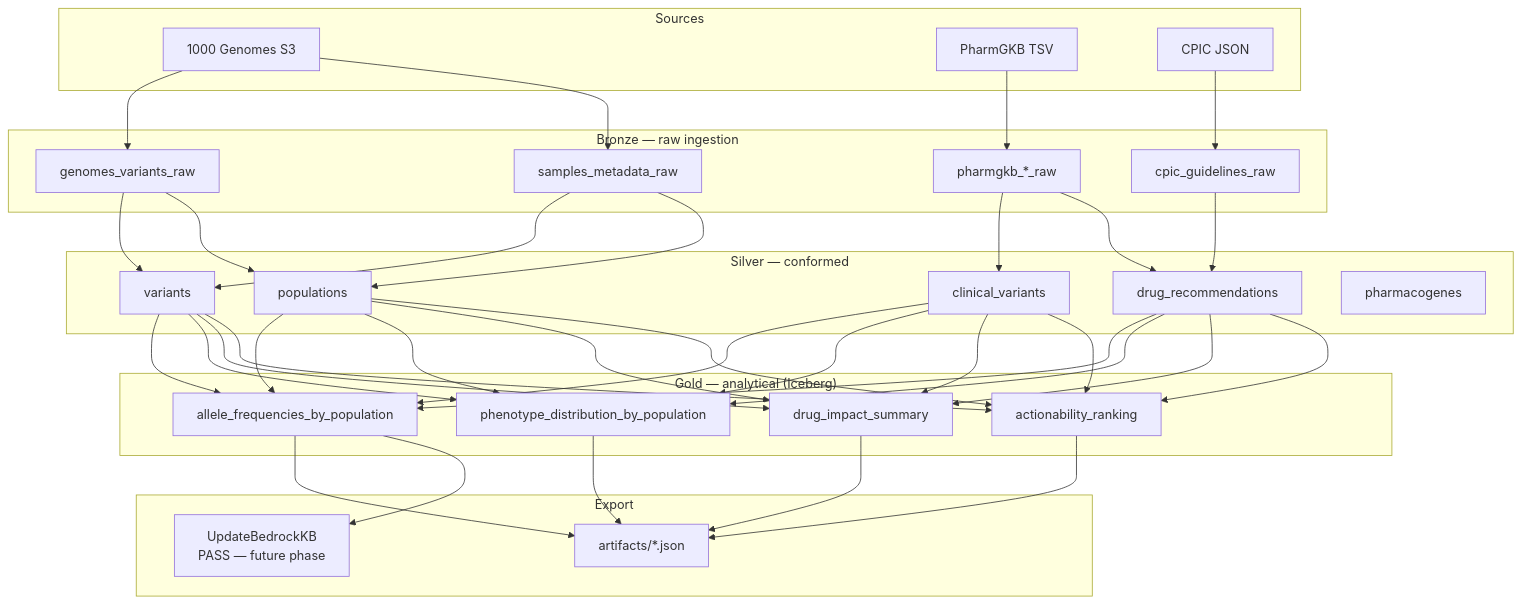
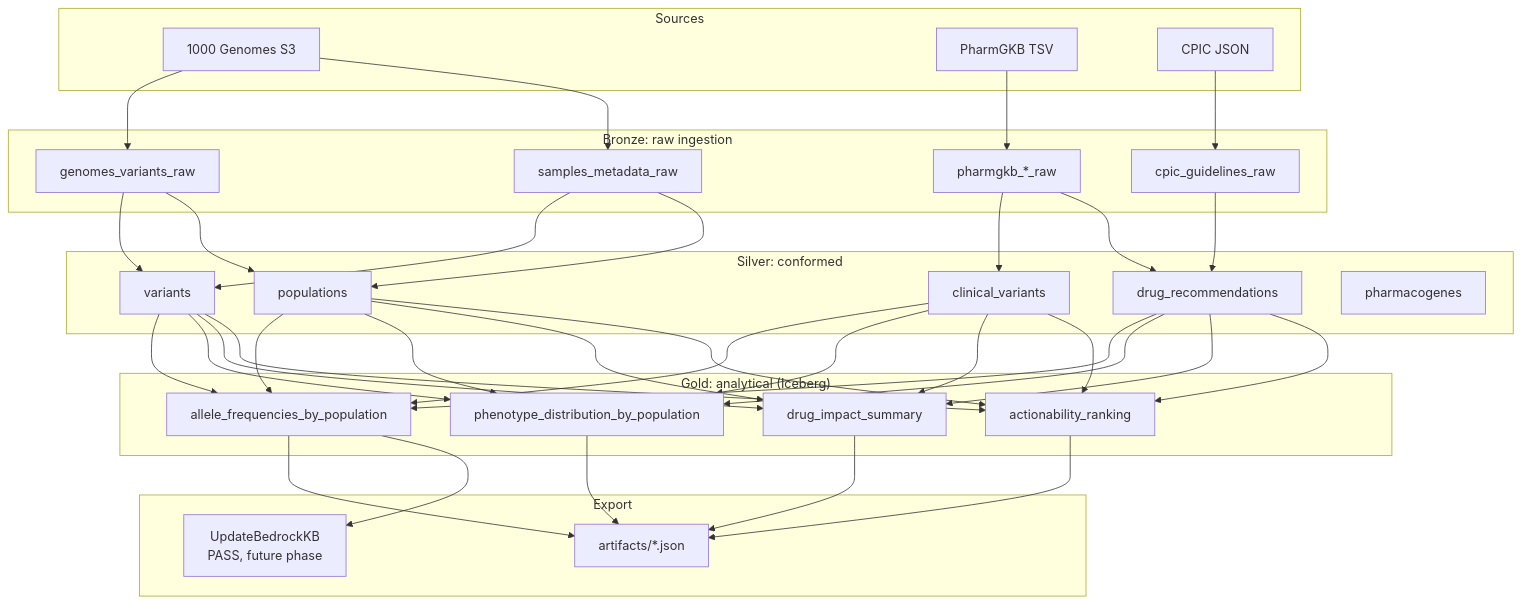
The diagram in README.md (enriqew/pgx-latam-atlas), drawn with Mermaid before and after one commit. The commit also changed other lines of this file and 3 other files, not shown here.

````diff
--- a/README.md
+++ b/README.md
@@ -75,46 +102,46 @@
 ```mermaid
 flowchart TD
     subgraph Sources
         G[1000 Genomes S3]
         P[PharmGKB TSV]
         C[CPIC JSON]
     end
 
-    subgraph Bronze["Bronze — raw ingestion"]
+    subgraph Bronze["Bronze: raw ingestion"]
         B1[genomes_variants_raw]
         B2[samples_metadata_raw]
         B3[pharmgkb_*_raw]
         B4[cpic_guidelines_raw]
     end
 
-    subgraph Silver["Silver — conformed"]
+    subgraph Silver["Silver: conformed"]
         S1[variants]
         S2[populations]
         S3[clinical_variants]
         S4[drug_recommendations]
         S5[pharmacogenes]
     end
 
-    subgraph Gold["Gold — analytical (Iceberg)"]
+    subgraph Gold["Gold: analytical (Iceberg)"]
         Go1[allele_frequencies_by_population]
         Go2[phenotype_distribution_by_population]
         Go3[drug_impact_summary]
         Go4[actionability_ranking]
     end
 
     subgraph Export
         J1[artifacts/*.json]
-        KB[UpdateBedrockKB\nPASS — future phase]
+        KB[UpdateBedrockKB\nPASS, future phase]
     end
 
     G --> B1 & B2
     P --> B3
     C --> B4
     B1 & B2 --> S1 & S2
     B3 --> S3 & S4
     B4 --> S4
     S1 & S2 & S3 & S4 --> Go1 & Go2 & Go3 & Go4
     Go4 --> J1
     Go1 & Go2 & Go3 --> J1
     Go1 --> KB
 ```
````
